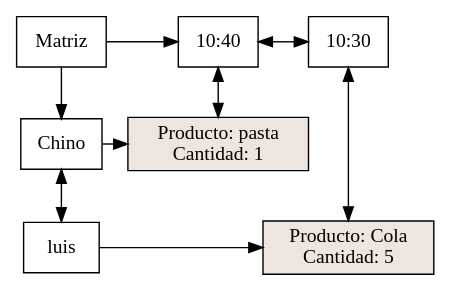
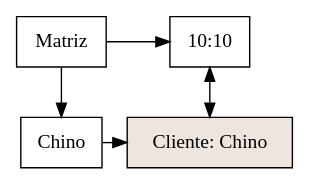
Before and after one commit to Eduardo01004/Proyecto_Clase_EDD: the diagram in Proyecto_Clase/MatrizVentas.dot, drawn with Graphviz. The commit also changed 45 other files, not shown here.

```diff
--- a/Proyecto_Clase/MatrizVentas.dot
+++ b/Proyecto_Clase/MatrizVentas.dot
@@ -1,28 +1,17 @@
 digraph G{
 node [shape = box]
 raiz[label="Matriz"  group=1];
-1720435669 [label="Chino" group = 1];
-1286783232 [label="luis" group = 1];
-1720435669->1286783232[dir=both];
-1698156408 [label="10:40" group = 3];
-1167116739 [label="10:30" group = 4];
-1698156408->1167116739[dir=both];
-raiz ->1720435669
-raiz ->1698156408
+1020923989 [label="Chino" group = 1];
+1874154700 [label="10:10" group = 254];
+raiz ->1020923989
+raiz ->1874154700
 { rank  = same; raiz 
-1698156408;
-1167116739;
+1874154700;
 }
-1837760739 [style=filled,fillcolor=seashell2,label= "Producto: pasta&#92;n Cantidad: 1" group = 3 ];
-707610042 [style=filled,fillcolor=seashell2,label= "Producto: Cola&#92;n Cantidad: 5" group = 4 ];
-1720435669->1837760739
-{ rank = same; 1720435669;
-1837760739;
+1347870667 [style=filled,fillcolor=seashell2,label= "Cliente: Chino" group = 254 ];
+1020923989->1347870667
+{ rank = same; 1020923989;
+1347870667;
 }
-1286783232->707610042
-{ rank = same; 1286783232;
-707610042;
+1874154700->1347870667[dir=both];
 }
-1698156408->1837760739[dir=both];
-1167116739->707610042[dir=both];
-}
```
